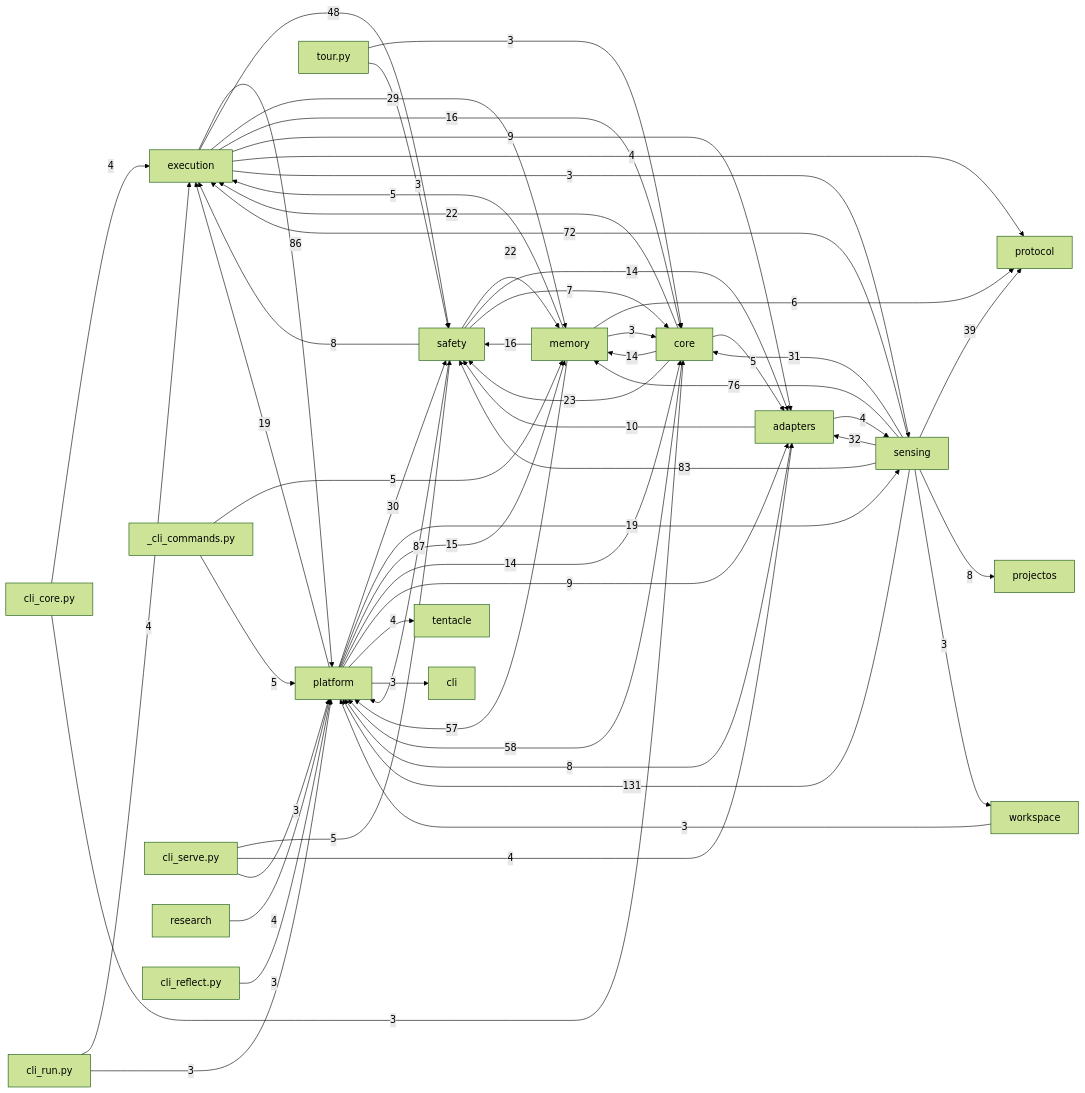
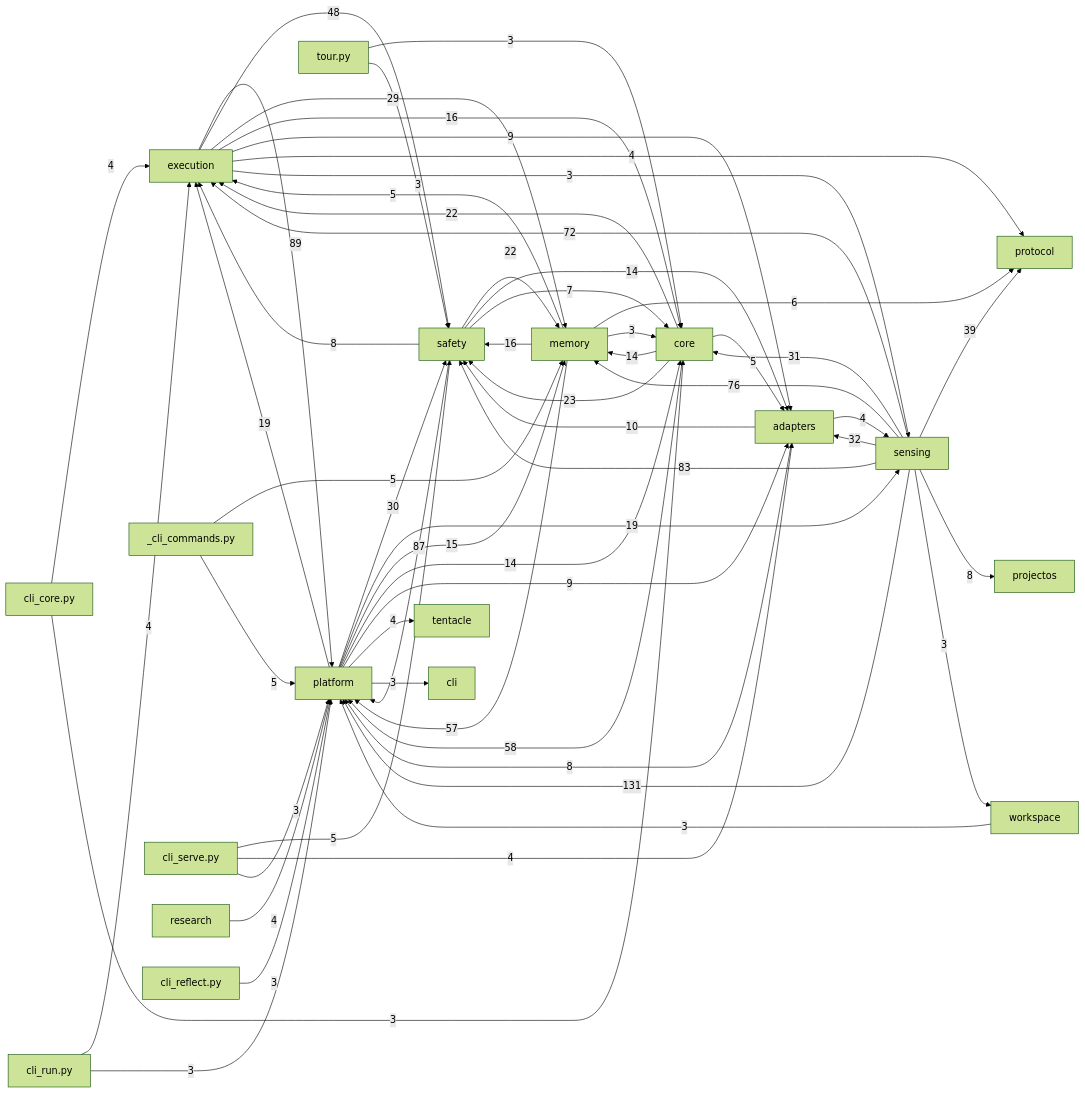
One commit to dengdenghua/octopus-agent changed the diagram in docs/auto/20-backend/index.md. Above: the diagram before and after it, drawn with Mermaid (forest theme). The commit also changed 3 other files, not shown here.

````diff
--- a/docs/auto/20-backend/index.md
+++ b/docs/auto/20-backend/index.md
@@ -26,66 +26,66 @@
 ```mermaid
 graph LR
   execution[execution]
   core[core]
   safety[safety]
   memory[memory]
   sensing[sensing]
   adapters[adapters]
   platform[platform]
   sensing -- 131 --> platform
+  execution -- 89 --> platform
   safety -- 87 --> platform
-  execution -- 86 --> platform
   sensing -- 83 --> safety
   sensing -- 76 --> memory
   sensing -- 72 --> execution
   core -- 58 --> platform
   memory -- 57 --> platform
   execution -- 48 --> safety
   sensing -- 39 --> protocol
   sensing -- 32 --> adapters
   sensing -- 31 --> core
   platform -- 30 --> safety
   execution -- 29 --> memory
   core -- 23 --> safety
   core -- 22 --> execution
   safety -- 22 --> memory
   platform -- 19 --> execution
   platform -- 19 --> sensing
   execution -- 16 --> core
   memory -- 16 --> safety
   platform -- 15 --> memory
   core -- 14 --> memory
   platform -- 14 --> core
   safety -- 14 --> adapters
   adapters -- 10 --> safety
   execution -- 9 --> adapters
   platform -- 9 --> adapters
   adapters -- 8 --> platform
   safety -- 8 --> execution
   sensing -- 8 --> projectos
   safety -- 7 --> core
   memory -- 6 --> protocol
   _cli_commands.py -- 5 --> memory
   _cli_commands.py -- 5 --> platform
   cli_serve.py -- 5 --> safety
   core -- 5 --> adapters
   memory -- 5 --> execution
   adapters -- 4 --> sensing
   cli_core.py -- 4 --> execution
   cli_run.py -- 4 --> execution
   cli_serve.py -- 4 --> adapters
   execution -- 4 --> protocol
   platform -- 4 --> tentacle
   research -- 4 --> platform
   cli_core.py -- 3 --> core
   cli_reflect.py -- 3 --> platform
   cli_run.py -- 3 --> platform
   cli_serve.py -- 3 --> platform
   execution -- 3 --> sensing
   memory -- 3 --> core
   platform -- 3 --> cli
   sensing -- 3 --> workspace
   tour.py -- 3 --> core
   tour.py -- 3 --> safety
   workspace -- 3 --> platform
 ```
````
